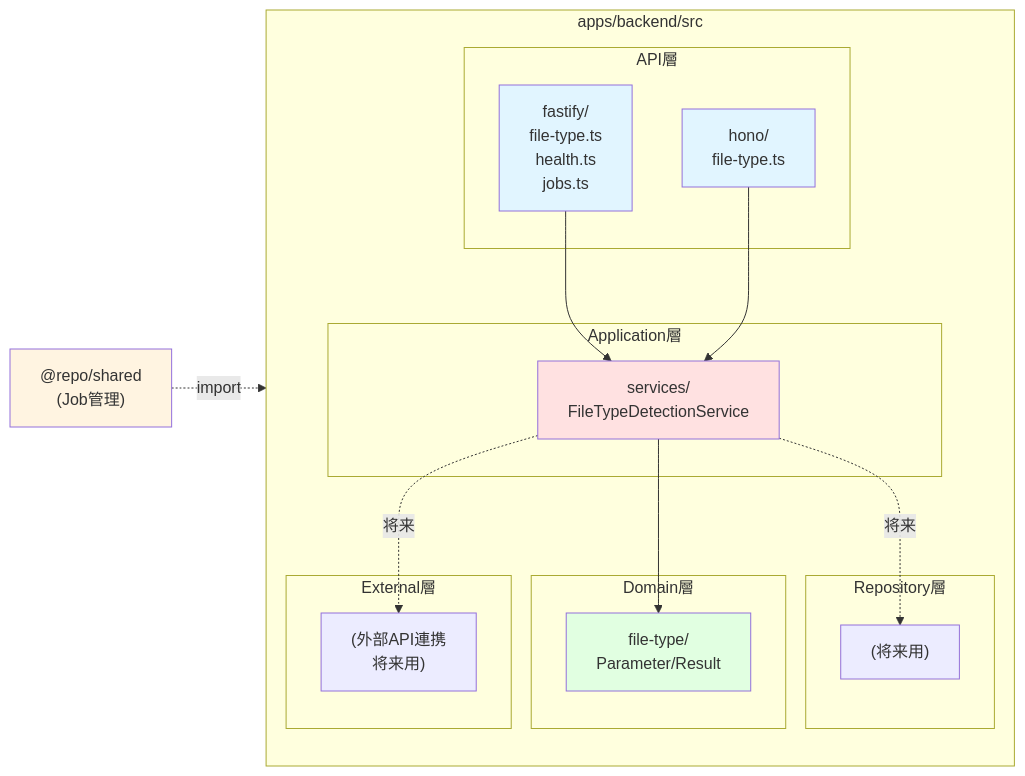
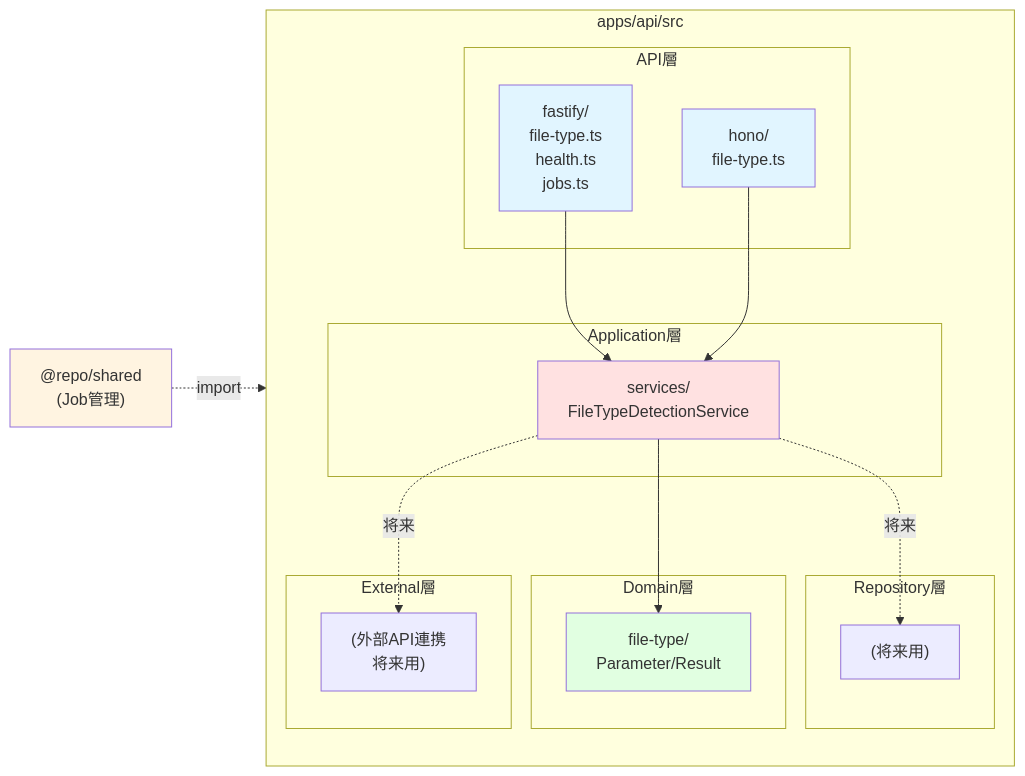
One commit to hi-time/mono-repo-sample changed the third of 3 diagrams in README.md. Above: the diagram before and after it, drawn with Mermaid. The commit also changed other lines of this file and 25 other files, not shown here.

````diff
--- a/README.md
+++ b/README.md
@@ -313,41 +313,41 @@
 ```mermaid
 graph LR
-    subgraph "apps/backend/src"
+    subgraph "apps/api/src"
         direction TB
         
         subgraph "API層"
             F["fastify/<br/>file-type.ts<br/>health.ts<br/>jobs.ts"]
             H["hono/<br/>file-type.ts"]
         end
         
         subgraph "Application層"
             S["services/<br/>FileTypeDetectionService"]
         end
         
         subgraph "Domain層"
             D["file-type/<br/>Parameter/Result"]
         end
         
         subgraph "Repository層"
             R["(将来用)"] 
         end
         
         subgraph "External層"
             E["(外部API連携<br/>将来用)"]
         end
         
         F --> S
         H --> S
         S --> D
         S -.->|将来| R
         S -.->|将来| E
     end
     
     SHARED["@repo/shared<br/>(Job管理)"] -.->|import| F
     
     style F fill:#e1f5ff
     style H fill:#e1f5ff
     style S fill:#ffe1e1
     style D fill:#e1ffe1
     style SHARED fill:#fff4e1
 ```
````
